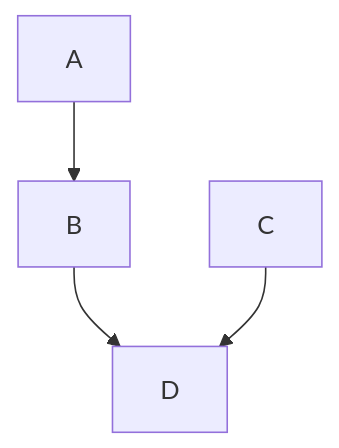
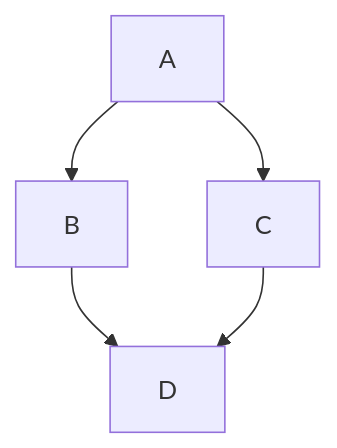
The fifth of 5 diagrams in test1.md (chanduujjina/JSE_Practice_2025_B1), drawn with Mermaid before and after one commit.

````diff
--- a/test1.md
+++ b/test1.md
@@ -38,7 +38,8 @@
 ```mermaid
 graph TD;
     A-->B;
+    A-->C;
     B-->D
     C-->D
     
 ```
````
